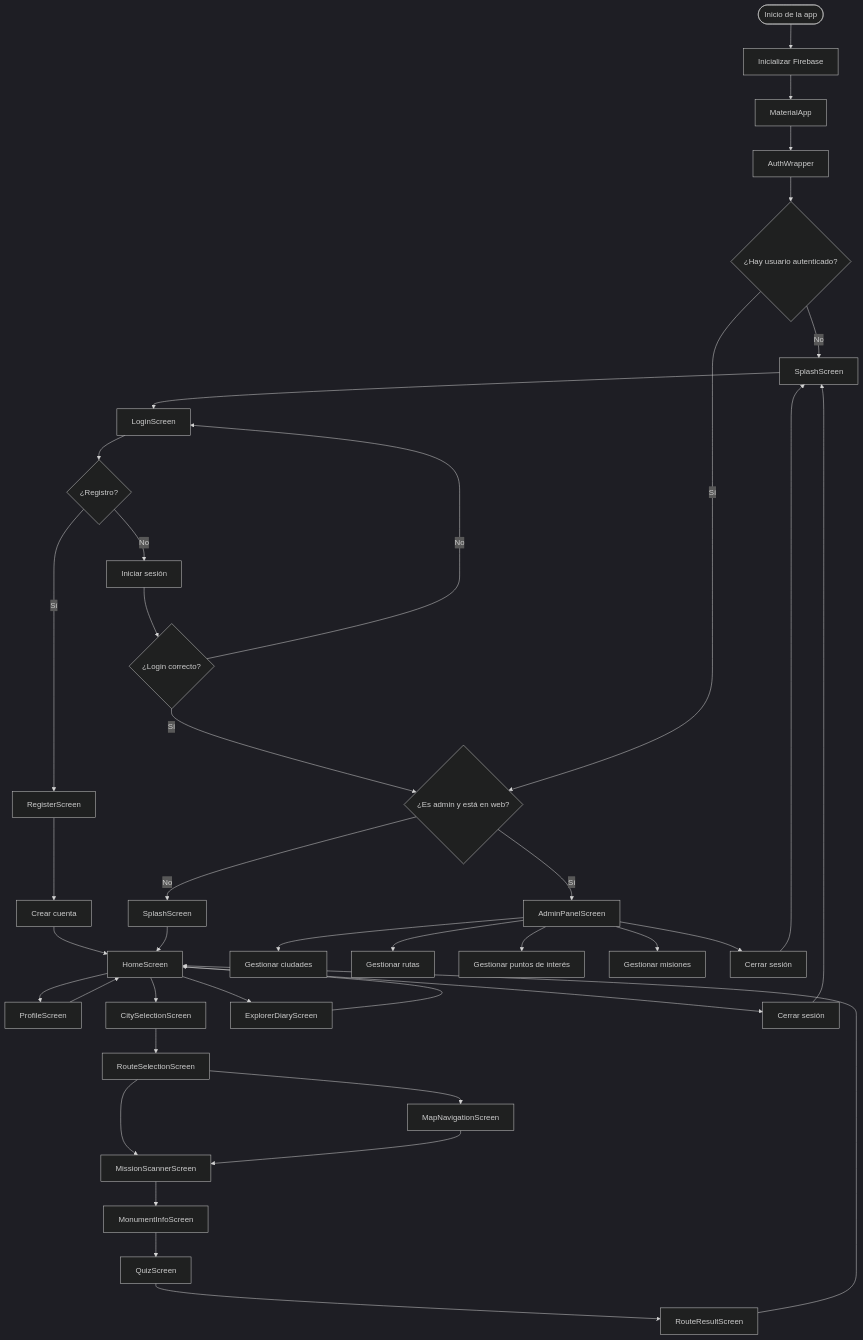
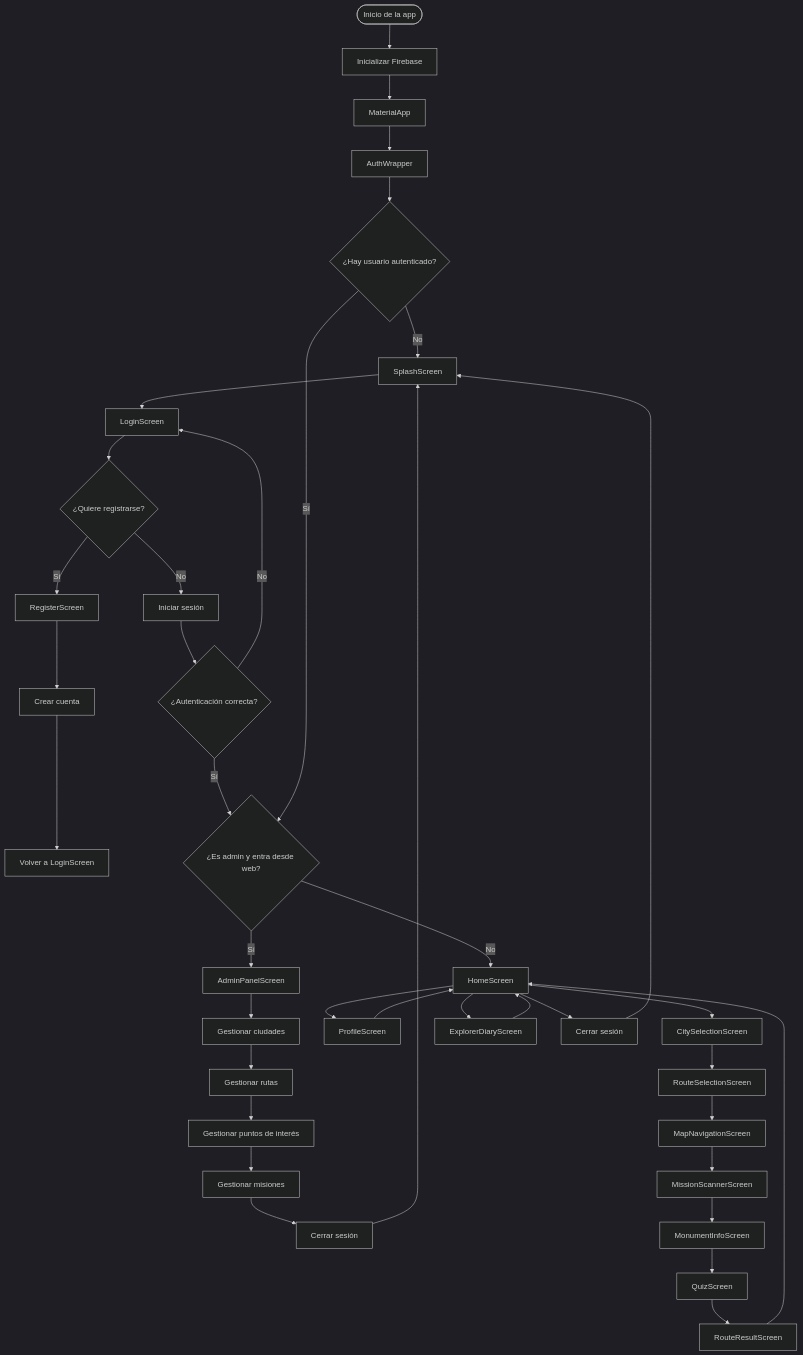
Before and after one commit to TurisTechTeam-Dev/rutexgo-assets: the fourth of 4 diagrams in diagrama.md, drawn with Mermaid (dark theme).

````diff
--- a/diagrama.md
+++ b/diagrama.md
@@ -212,51 +212,51 @@
 ```mermaid
 flowchart TD
     A([Inicio de la app]) --> B[Inicializar Firebase]
     B --> C[MaterialApp]
     C --> D[AuthWrapper]
 
     D --> E{¿Hay usuario autenticado?}
 
     E -- No --> F[SplashScreen]
     F --> G[LoginScreen]
-    G --> H{¿Registro?}
+    G --> H{¿Quiere registrarse?}
+
     H -- Sí --> I[RegisterScreen]
     I --> J[Crear cuenta]
-    J --> K[HomeScreen]
+    J --> K[Volver a LoginScreen]
+
     H -- No --> L[Iniciar sesión]
-    L --> M{¿Login correcto?}
+    L --> M{¿Autenticación correcta?}
     M -- No --> G
-    M -- Sí --> N{¿Es admin y está en web?}
+    M -- Sí --> N{¿Es admin y entra desde web?}
 
     E -- Sí --> N
 
     N -- Sí --> O[AdminPanelScreen]
     O --> P[Gestionar ciudades]
-    O --> Q[Gestionar rutas]
-    O --> R[Gestionar puntos de interés]
-    O --> S[Gestionar misiones]
-    O --> T[Cerrar sesión]
+    P --> Q[Gestionar rutas]
+    Q --> R[Gestionar puntos de interés]
+    R --> S[Gestionar misiones]
+    S --> T[Cerrar sesión]
     T --> F
 
-    N -- No --> U[SplashScreen]
-    U --> K[HomeScreen]
+    N -- No --> U[HomeScreen]
 
-    K --> V[ProfileScreen]
-    K --> W[CitySelectionScreen]
-    K --> X[ExplorerDiaryScreen]
-    K --> Y[Cerrar sesión]
+    U --> V[ProfileScreen]
+    V --> U
 
-    V --> K
-    W --> Z[RouteSelectionScreen]
-    Z --> AA[MapNavigationScreen]
-    Z --> AB[MissionScannerScreen]
+    U --> W[CitySelectionScreen]
+    W --> X[RouteSelectionScreen]
+    X --> Y[MapNavigationScreen]
+    Y --> Z[MissionScannerScreen]
+    Z --> AA[MonumentInfoScreen]
+    AA --> AB[QuizScreen]
+    AB --> AC[RouteResultScreen]
+    AC --> U
 
-    AB --> AC[MonumentInfoScreen]
-    AC --> AD[QuizScreen]
-    AD --> AE[RouteResultScreen]
-    AE --> K
+    U --> AD[ExplorerDiaryScreen]
+    AD --> U
 
-    AA --> AB
-    X --> K
-    Y --> F
+    U --> AE[Cerrar sesión]
+    AE --> F
 ```
````
